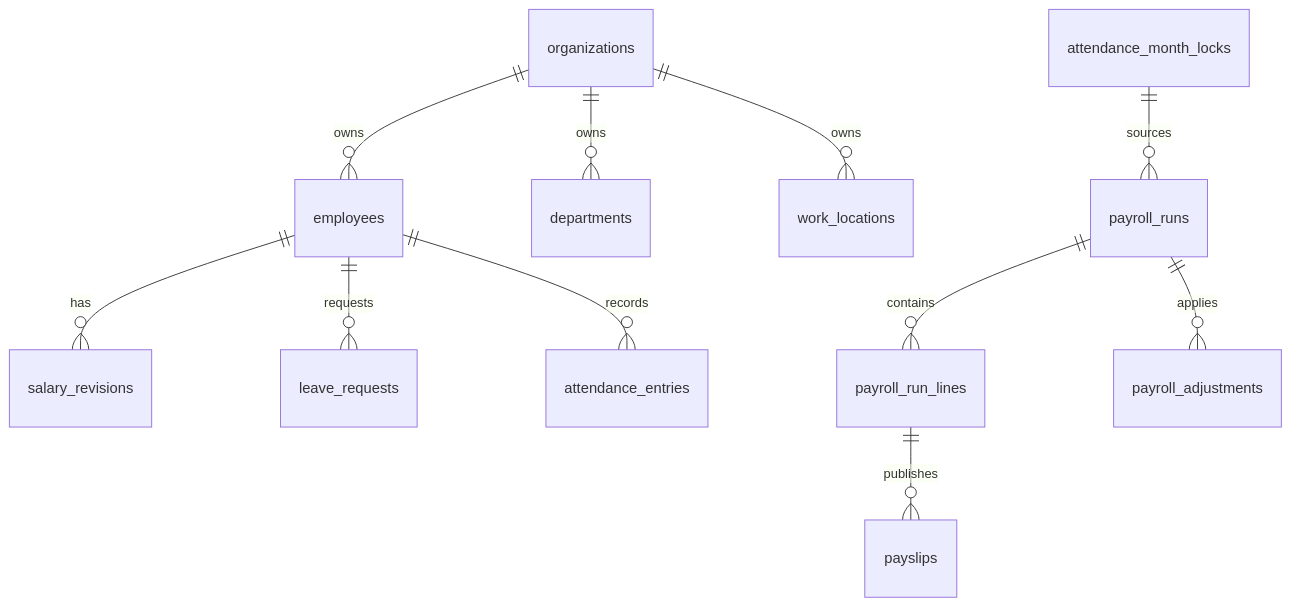
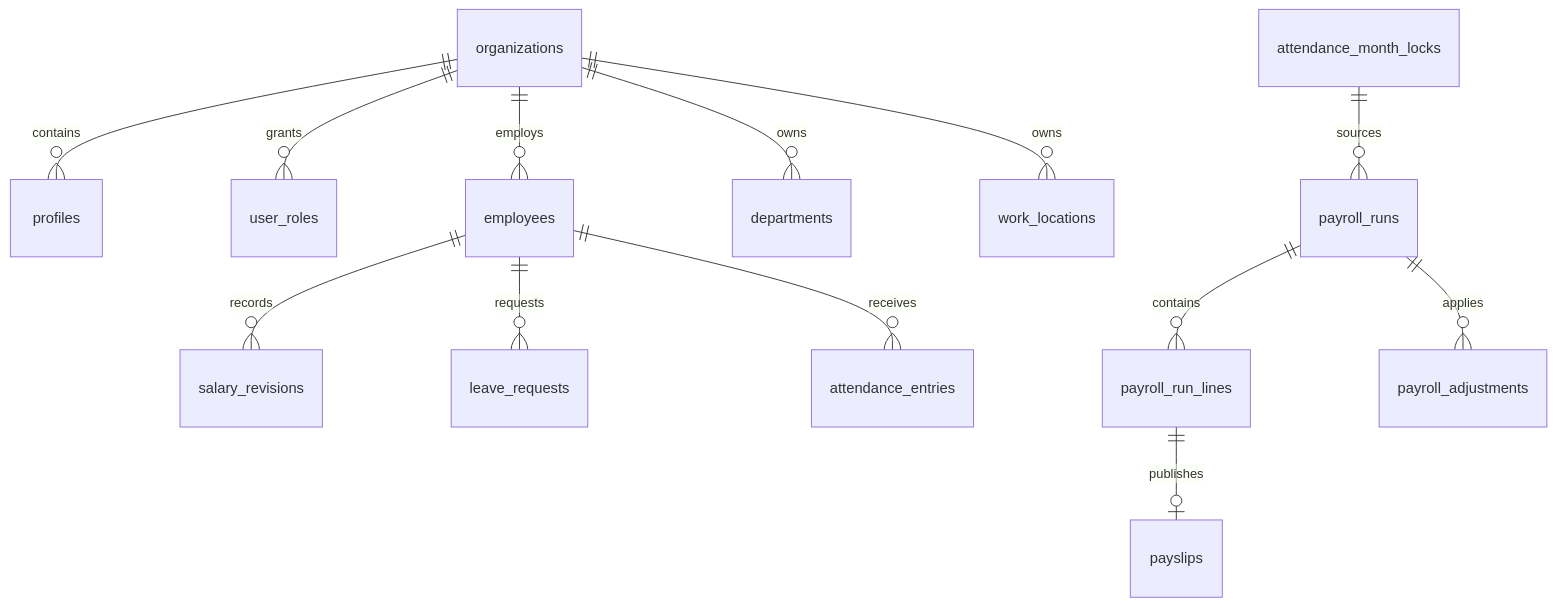
Before and after one commit to FardeenAnsari/vetanflow: the third of 3 diagrams in README.md, drawn with Mermaid. The commit also changed other lines of this file and 112 other files, not shown here.

````diff
--- a/README.md
+++ b/README.md
@@ -139,13 +199,15 @@
 ```mermaid
 erDiagram
-  organizations ||--o{ employees : owns
+  organizations ||--o{ profiles : contains
+  organizations ||--o{ user_roles : grants
+  organizations ||--o{ employees : employs
   organizations ||--o{ departments : owns
   organizations ||--o{ work_locations : owns
-  employees ||--o{ salary_revisions : has
+  employees ||--o{ salary_revisions : records
   employees ||--o{ leave_requests : requests
-  employees ||--o{ attendance_entries : records
+  employees ||--o{ attendance_entries : receives
   attendance_month_locks ||--o{ payroll_runs : sources
   payroll_runs ||--o{ payroll_run_lines : contains
   payroll_runs ||--o{ payroll_adjustments : applies
-  payroll_run_lines ||--o{ payslips : publishes
+  payroll_run_lines ||--o| payslips : publishes
 ```
````
